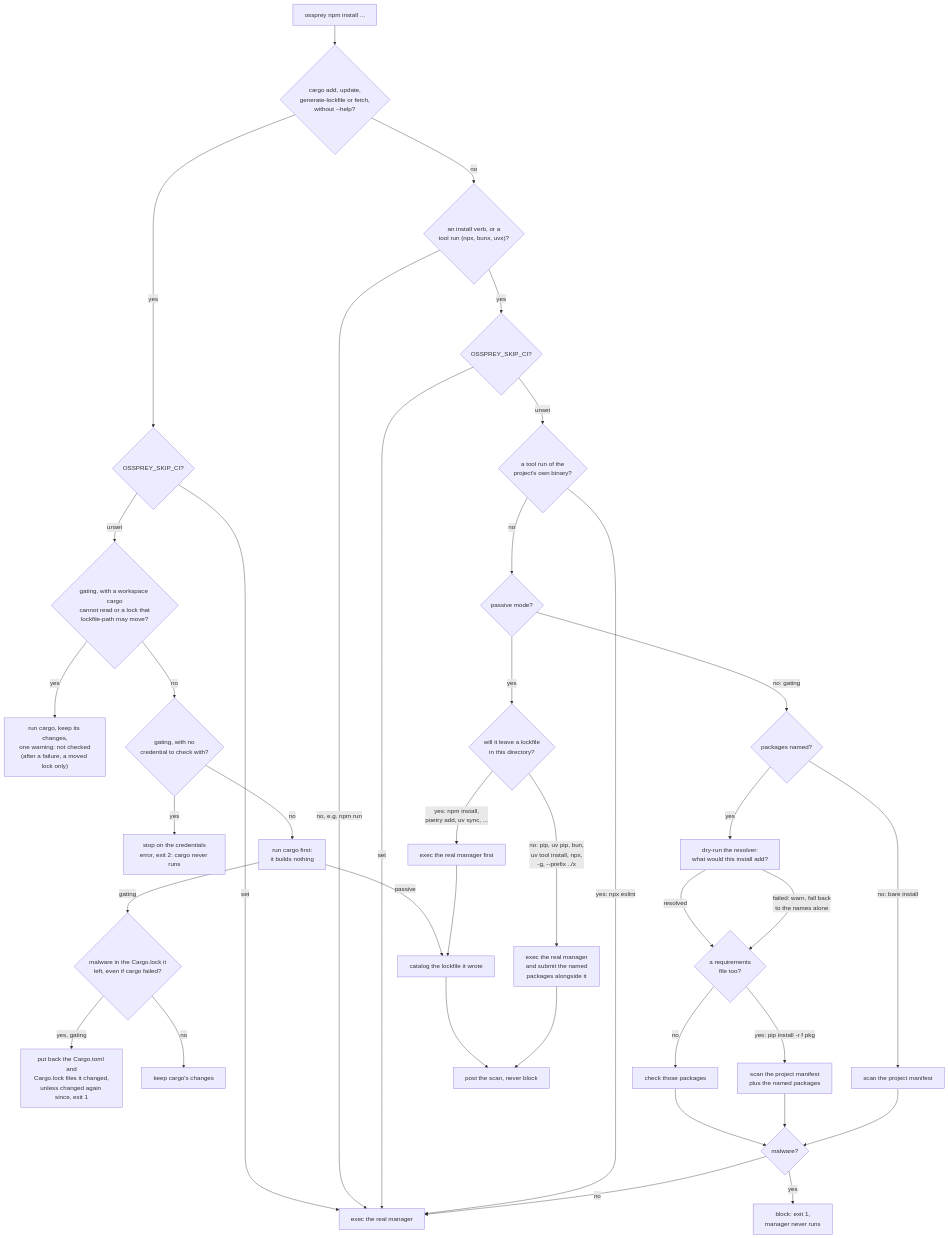
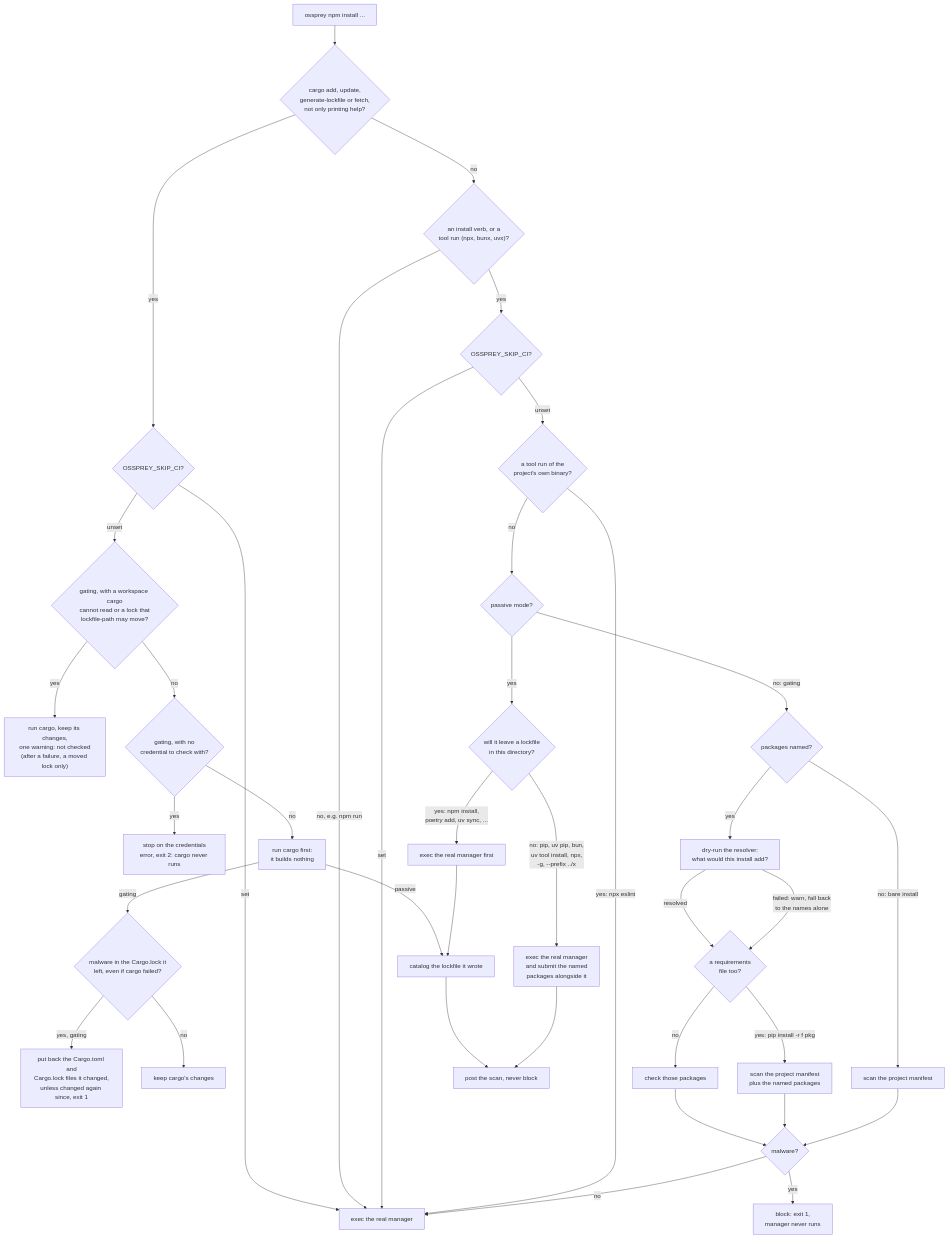
Before and after one commit to ossprey/ossprey-cli: the second of 3 diagrams in docs/architecture.md, drawn with Mermaid. The commit also changed 4 other files, not shown here.

Commit message:
fix(forward): pass through a cargo line that only prints help or the version (OSS-2553)

````diff
--- a/docs/architecture.md
+++ b/docs/architecture.md
@@ -49,42 +49,42 @@
 ```mermaid
 flowchart TD
-    S["ossprey npm install ..."] --> CA{"cargo add, update,<br/>generate-lockfile or fetch,<br/>without --help?"}
+    S["ossprey npm install ..."] --> CA{"cargo add, update,<br/>generate-lockfile or fetch,<br/>not only printing help?"}
     CA -- "yes" --> CV{"OSSPREY_SKIP_CI?"}
     CV -- "set" --> U
     CV -- "unset" --> CW{"gating, with a workspace cargo<br/>cannot read or a lock that<br/>lockfile-path may move?"}
     CW -- "yes" --> CN["run cargo, keep its changes,<br/>one warning: not checked<br/>(after a failure, a moved lock only)"]
     CW -- "no" --> CK{"gating, with no<br/>credential to check with?"}
     CK -- "yes" --> CX["stop on the credentials<br/>error, exit 2: cargo never runs"]
     CK -- "no" --> CB["run cargo first:<br/>it builds nothing"]
     CB -- "gating" --> CC{"malware in the Cargo.lock it<br/>left, even if cargo failed?"}
     CC -- "yes, gating" --> CD["put back the Cargo.toml and<br/>Cargo.lock files it changed,<br/>unless changed again since, exit 1"]
     CC -- "no" --> CE["keep cargo's changes"]
     CB -- "passive" --> AE
     CA -- "no" --> T{"an install verb, or a<br/>tool run (npx, bunx, uvx)?"}
     T -- "no, e.g. npm run" --> U["exec the real manager"]
     T -- "yes" --> V{"OSSPREY_SKIP_CI?"}
     V -- "set" --> U
     V -- "unset" --> L{"a tool run of the<br/>project's own binary?"}
     L -- "yes: npx eslint" --> U
     L -- "no" --> W{"passive mode?"}
 
     W -- "no: gating" --> X{"packages named?"}
     X -- "yes" --> E["dry-run the resolver:<br/>what would this install add?"]
     E -- "resolved" --> R{"a requirements<br/>file too?"}
     E -- "failed: warn, fall back<br/>to the names alone" --> R
     R -- "no" --> Y["check those packages"]
     R -- "yes: pip install -r f pkg" --> RZ["scan the project manifest<br/>plus the named packages"]
     X -- "no: bare install" --> Z["scan the project manifest"]
     Y --> AA{"malware?"}
     RZ --> AA
     Z --> AA
     AA -- "yes" --> AB["block: exit 1,<br/>manager never runs"]
     AA -- "no" --> U
 
     W -- "yes" --> AC{"will it leave a lockfile<br/>in this directory?"}
     AC -- "yes: npm install,<br/>poetry add, uv sync, ..." --> AD["exec the real manager first"]
     AD --> AE["catalog the lockfile it wrote"]
     AE --> AF["post the scan, never block"]
     AC -- "no: pip, uv pip, bun,<br/>uv tool install, npx,<br/>-g, --prefix ../x" --> AG["exec the real manager<br/>and submit the named<br/>packages alongside it"]
     AG --> AF
 ```
````
